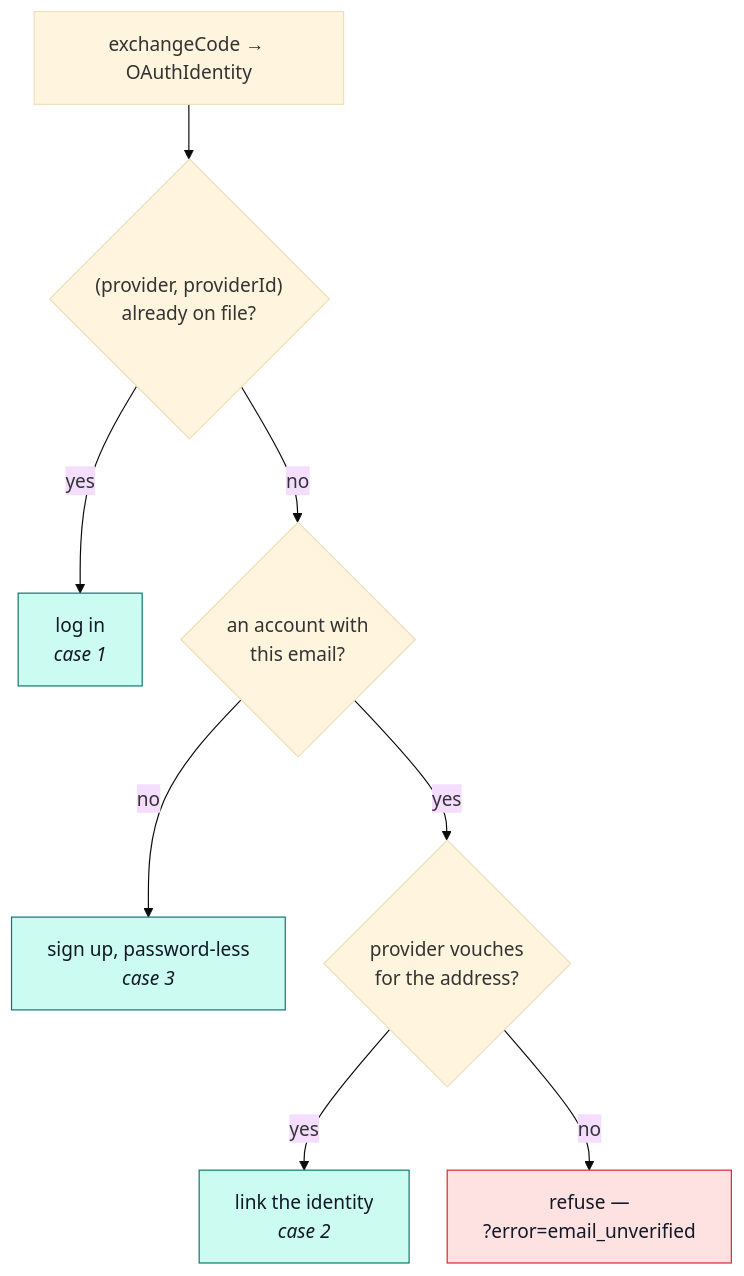
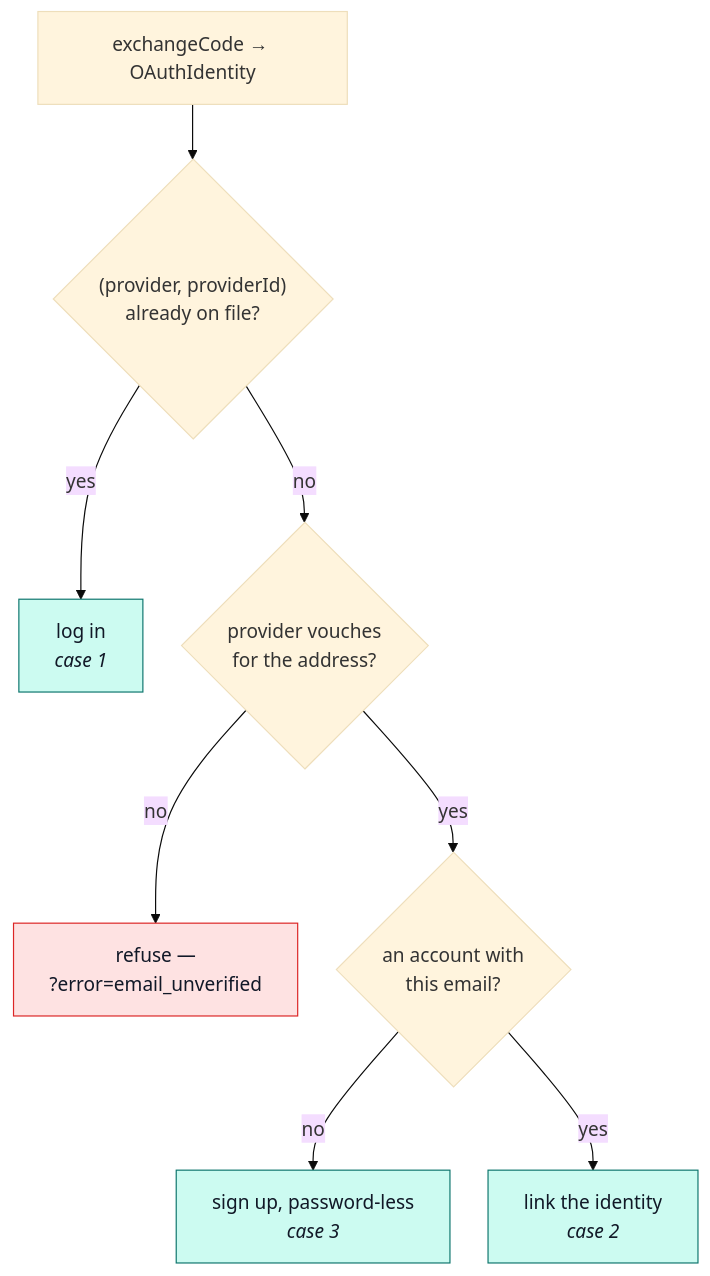
Before and after one commit to Guebbit/boilerplate-node-backend: the third of 3 diagrams in docs/modules/account-oauth.md, drawn with Mermaid (base theme). The commit also changed other lines of this file and 5 other files, not shown here.

First line of the commit message:
fix(account): refuse an unverified OAuth email at signup, and a backslash redirect

````diff
--- a/docs/modules/account-oauth.md
+++ b/docs/modules/account-oauth.md
@@ -105,16 +105,16 @@
 ```mermaid
 %%{init: {'flowchart': {'nodeSpacing': 32, 'rankSpacing': 46}}}%%
 flowchart TD
     E["exchangeCode → OAuthIdentity"] --> Q1{"(provider, providerId)<br/>already on file?"}
     Q1 -->|"yes"| L["log in<br/><i>case 1</i>"]
-    Q1 -->|"no"| Q2{"an account with<br/>this email?"}
+    Q1 -->|"no"| Q3{"provider vouches<br/>for the address?"}
+    Q3 -->|"no"| X["refuse —<br/>?error=email_unverified"]
+    Q3 -->|"yes"| Q2{"an account with<br/>this email?"}
     Q2 -->|"no"| S["sign up, password-less<br/><i>case 3</i>"]
-    Q2 -->|"yes"| Q3{"provider vouches<br/>for the address?"}
-    Q3 -->|"yes"| K["link the identity<br/><i>case 2</i>"]
-    Q3 -->|"no"| X["refuse —<br/>?error=email_unverified"]
+    Q2 -->|"yes"| K["link the identity<br/><i>case 2</i>"]
 
     classDef ok fill:#ccfbf1,stroke:#0f766e,color:#111827;
     classDef bad fill:#fee2e2,stroke:#dc2626,color:#111827;
     class L,S,K ok;
     class X bad;
 ```
````
